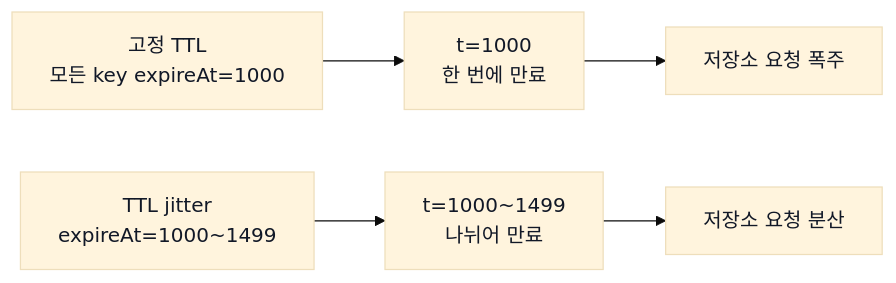
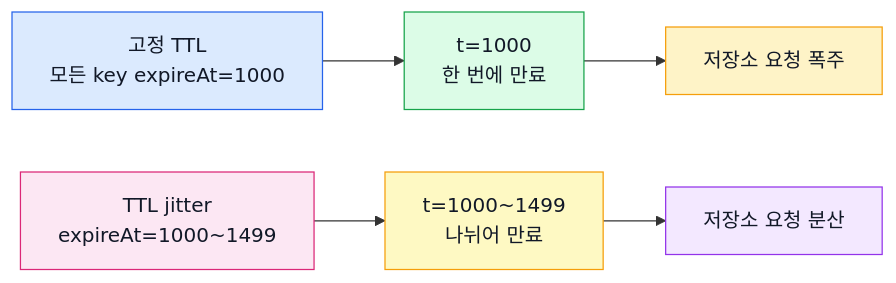
The tenth of 10 diagrams in labs/cache-patterns/README.md (HJC96/deep-dive), drawn with Mermaid before and after one commit. The commit also changed other lines of this file and 4 other files, not shown here.

````diff
--- a/labs/cache-patterns/README.md
+++ b/labs/cache-patterns/README.md
@@ -656,14 +726,26 @@
 ```mermaid
-%%{init: {"theme": "base", "themeVariables": {"primaryTextColor": "#111827", "secondaryTextColor": "#111827", "tertiaryTextColor": "#111827", "actorTextColor": "#111827", "signalTextColor": "#111827", "labelTextColor": "#111827", "noteTextColor": "#111827", "noteBkgColor": "#ffffff", "noteBorderColor": "#374151", "sequenceNumberColor": "#111827"}}}%%
 flowchart LR
     Fixed["고정 TTL<br/>모든 key expireAt=1000"]
     Burst["t=1000<br/>한 번에 만료"]
     StoreBurst["저장소 요청 폭주"]
 
     Jitter["TTL jitter<br/>expireAt=1000~1499"]
     Spread["t=1000~1499<br/>나뉘어 만료"]
     StoreSpread["저장소 요청 분산"]
 
     Fixed --> Burst --> StoreBurst
     Jitter --> Spread --> StoreSpread
+
+    classDef blue fill:#DBEAFE,stroke:#2563EB,color:#111827
+    classDef green fill:#DCFCE7,stroke:#16A34A,color:#111827
+    classDef orange fill:#FEF3C7,stroke:#F59E0B,color:#111827
+    classDef pink fill:#FCE7F3,stroke:#DB2777,color:#111827
+    classDef yellow fill:#FEF9C3,stroke:#F59E0B,color:#111827
+    classDef purple fill:#F3E8FF,stroke:#9333EA,color:#111827
+    class Fixed blue
+    class Burst green
+    class StoreBurst orange
+    class Jitter pink
+    class Spread yellow
+    class StoreSpread purple
 ```
````
